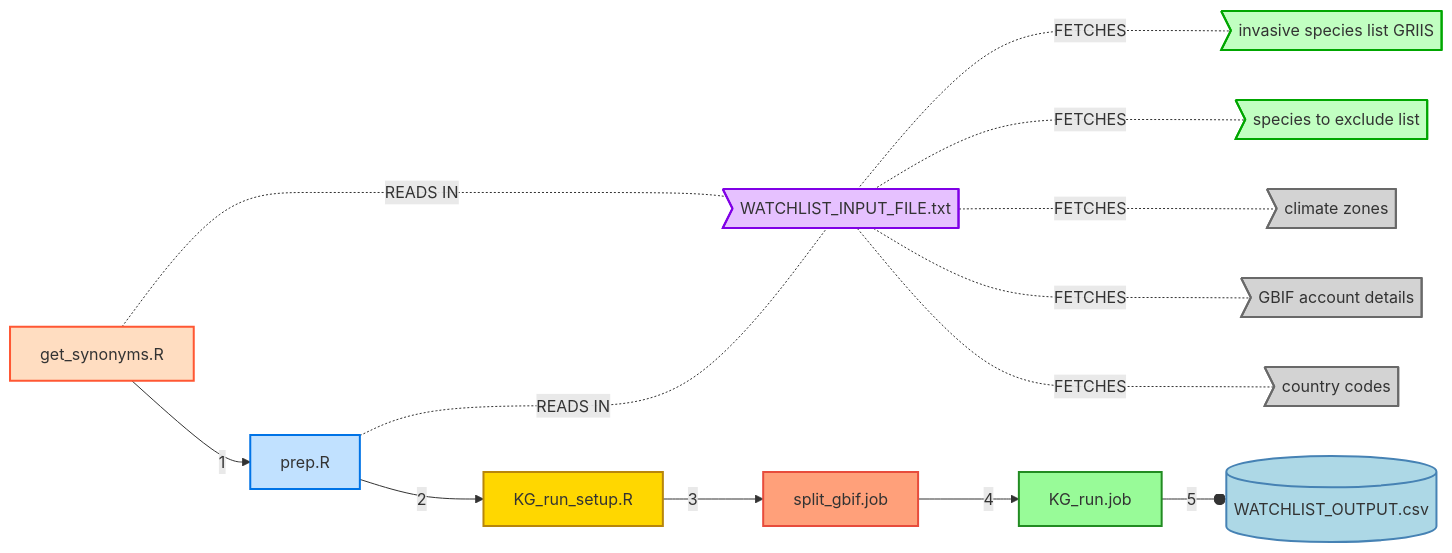
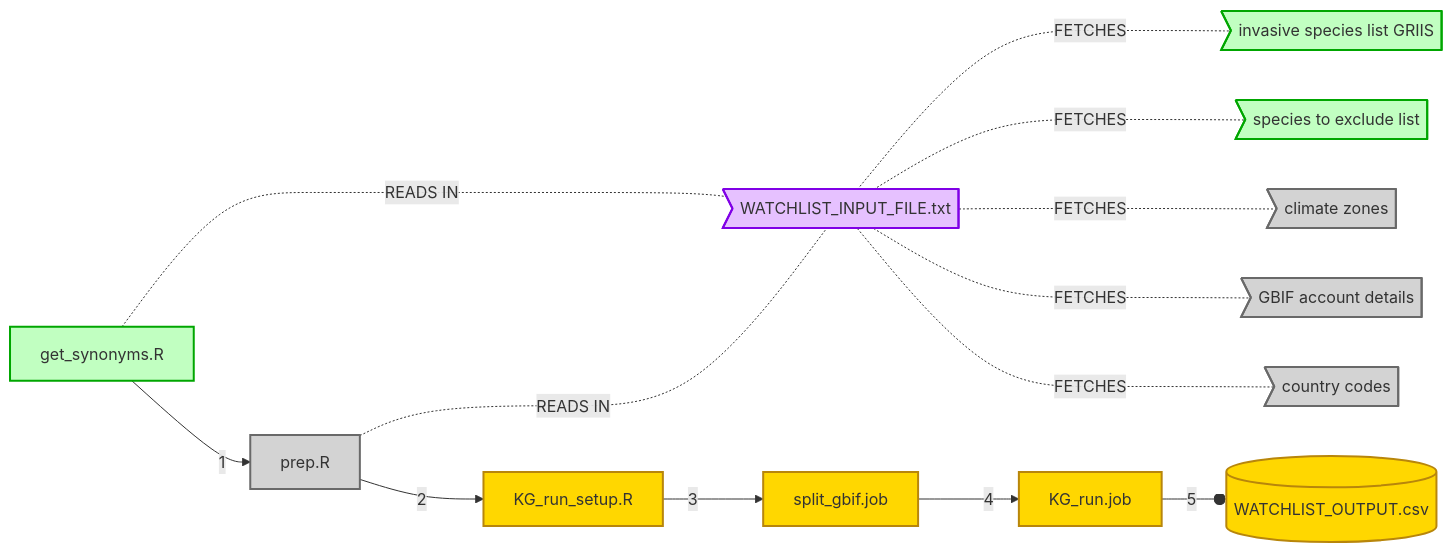
The diagram in README.md (clarkevansteenderen/KG_watchlist_parallel), drawn with Mermaid before and after one commit.

````diff
--- a/README.md
+++ b/README.md
@@ -44,26 +44,26 @@
 ```mermaid
   graph LR;
       A[get_synonyms.R] --> |1| B[prep.R]
       A -..- |READS IN| C>WATCHLIST_INPUT_FILE.txt]
       C -..- |FETCHES| D>invasive species list GRIIS] & E>species to exclude list]
       B -..- |READS IN| C>WATCHLIST_INPUT_FILE.txt]
       C -..- |FETCHES| K>climate zones] & L>GBIF account details] & M>country codes]
       B --> |2| G[KG_run_setup.R]
       G --> |3| H[split_gbif.job]
       H --> |4| I[KG_run.job]
       I--o |5| J[(WATCHLIST_OUTPUT.csv)]
 
 %% Custom styling
-    style A fill:#FFDDC1,stroke:#FF5733,stroke-width:2px
-    style B fill:#C1E1FF,stroke:#0073E6,stroke-width:2px
+    style A fill:#C1FFC1,stroke:#00A600,stroke-width:2px
+    style B fill:#D3D3D3,stroke:#696969,stroke-width:2px
     style C fill:#E6C1FF,stroke:#8000E6,stroke-width:2px
     style D fill:#C1FFC1,stroke:#00A600,stroke-width:2px
     style E fill:#C1FFC1,stroke:#00A600,stroke-width:2px
     style G fill:#FFD700,stroke:#B8860B,stroke-width:2px
-    style H fill:#FFA07A,stroke:#E74C3C,stroke-width:2px
-    style I fill:#98FB98,stroke:#228B22,stroke-width:2px
-    style J fill:#ADD8E6,stroke:#4682B4,stroke-width:2px
+    style H fill:#FFD700,stroke:#B8860B,stroke-width:2px
+    style I fill:#FFD700,stroke:#B8860B,stroke-width:2px
+    style J fill:#FFD700,stroke:#B8860B,stroke-width:2px
     style K fill:#D3D3D3,stroke:#696969,stroke-width:2px
     style L fill:#D3D3D3,stroke:#696969,stroke-width:2px
     style M fill:#D3D3D3,stroke:#696969,stroke-width:2px
 ```
````
